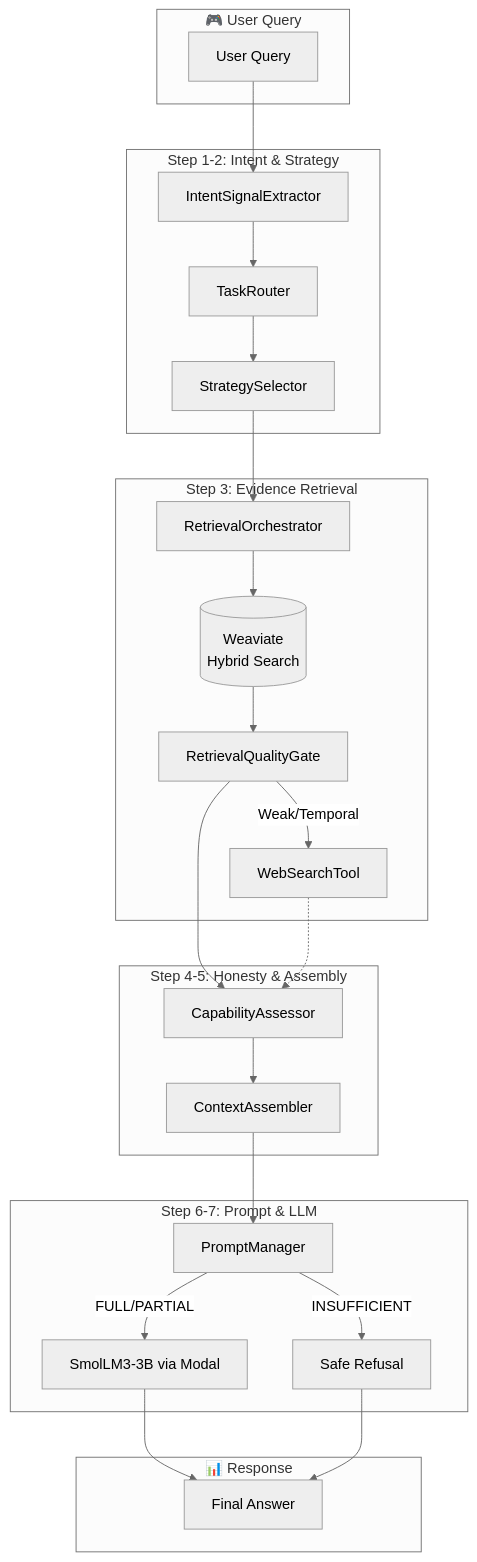
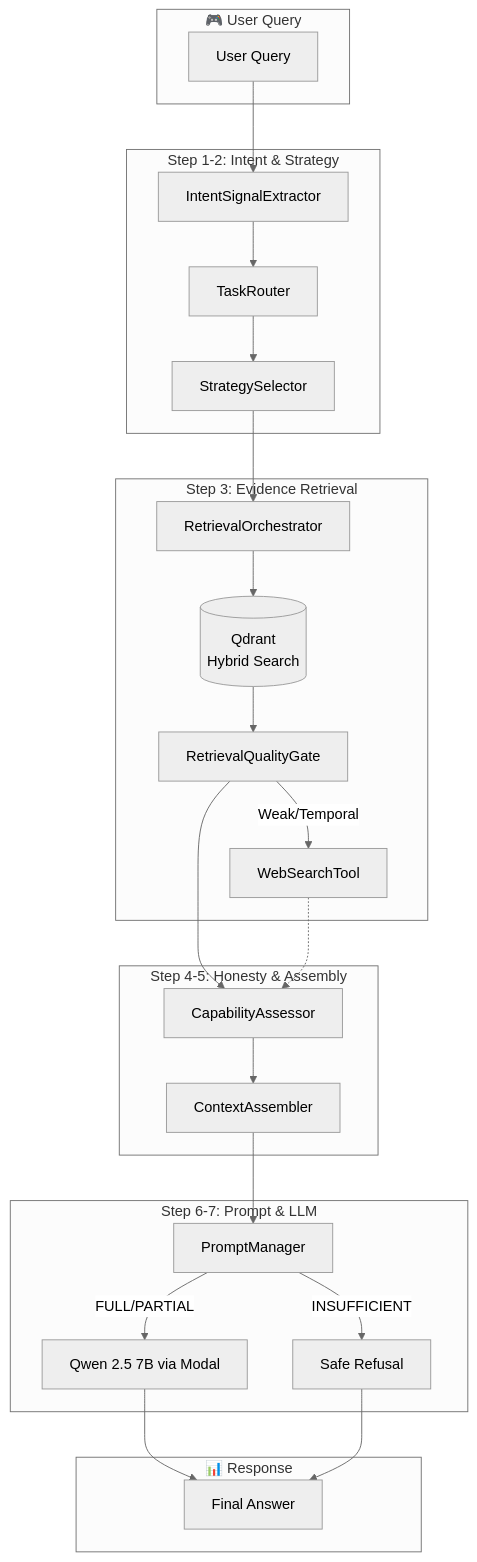
One commit to SukeshShetty1010/RAGent changed the first of 2 diagrams in README.md. Above: the diagram before and after it, drawn with Mermaid (neutral theme). The commit also changed other lines of this file, not shown here.

````diff
--- a/README.md
+++ b/README.md
@@ -27,47 +27,47 @@
 ```mermaid
 flowchart TB
     subgraph Input["🎮 User Query"]
         Q[User Query]
     end
     
     subgraph Routing["Step 1-2: Intent & Strategy"]
         IE[IntentSignalExtractor]
         TR[TaskRouter]
         SS[StrategySelector]
         Q --> IE
         IE --> TR
         TR --> SS
     end
     
     subgraph Retrieval["Step 3: Evidence Retrieval"]
         RO[RetrievalOrchestrator]
-        WV[(Weaviate<br/>Hybrid Search)]
+        WV[(Qdrant<br/>Hybrid Search)]
         QG[RetrievalQualityGate]
         WS[WebSearchTool]
         SS --> RO
         RO --> WV
         WV --> QG
         QG -->|Weak/Temporal| WS
     end
     
     subgraph Assessment["Step 4-5: Honesty & Assembly"]
         CA[CapabilityAssessor]
         CTX[ContextAssembler]
         QG --> CA
         WS -.-> CA
         CA --> CTX
     end
     
     subgraph Generation["Step 6-7: Prompt & LLM"]
         PM[PromptManager]
-        LLM[SmolLM3-3B via Modal]
+        LLM[Qwen 2.5 7B via Modal]
         CTX --> PM
         PM -->|FULL/PARTIAL| LLM
         PM -->|INSUFFICIENT| REF[Safe Refusal]
     end
     
     subgraph Output["📊 Response"]
         LLM --> ANS[Final Answer]
         REF --> ANS
     end
 ```
````
